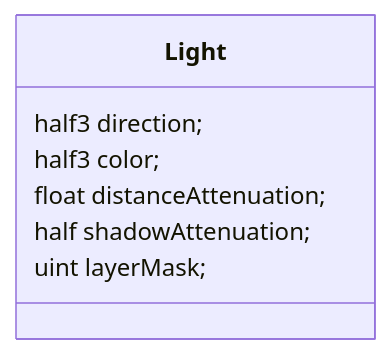
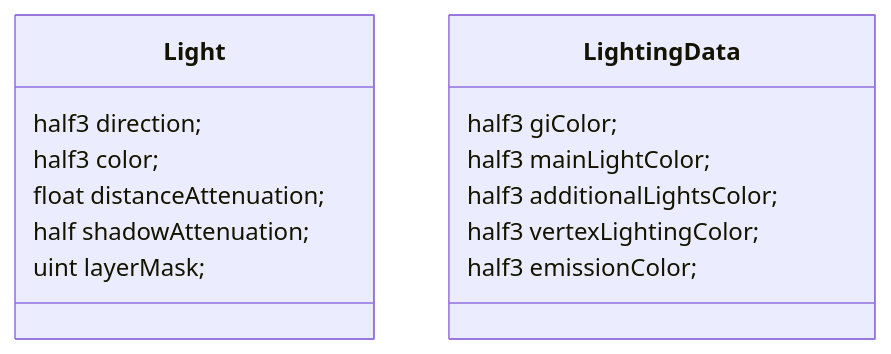
One commit to sherererlock/URPLearning changed the third of 3 diagrams in document/URP Lighting.md. Above: the diagram before and after it, drawn with Mermaid. The commit also changed other lines of this file and 7 other files, not shown here.

````diff
--- a/document/URP Lighting.md
+++ b/document/URP Lighting.md
@@ -80,11 +80,19 @@
 ```mermaid
 classDiagram
 class Light{
     half3   direction;
     half3   color;
     float   distanceAttenuation;
     half    shadowAttenuation;
     uint    layerMask;
 }
 
+class LightingData{
+    half3 giColor;
+    half3 mainLightColor;
+    half3 additionalLightsColor;
+    half3 vertexLightingColor;
+    half3 emissionColor;
+}
+
 ```
````
